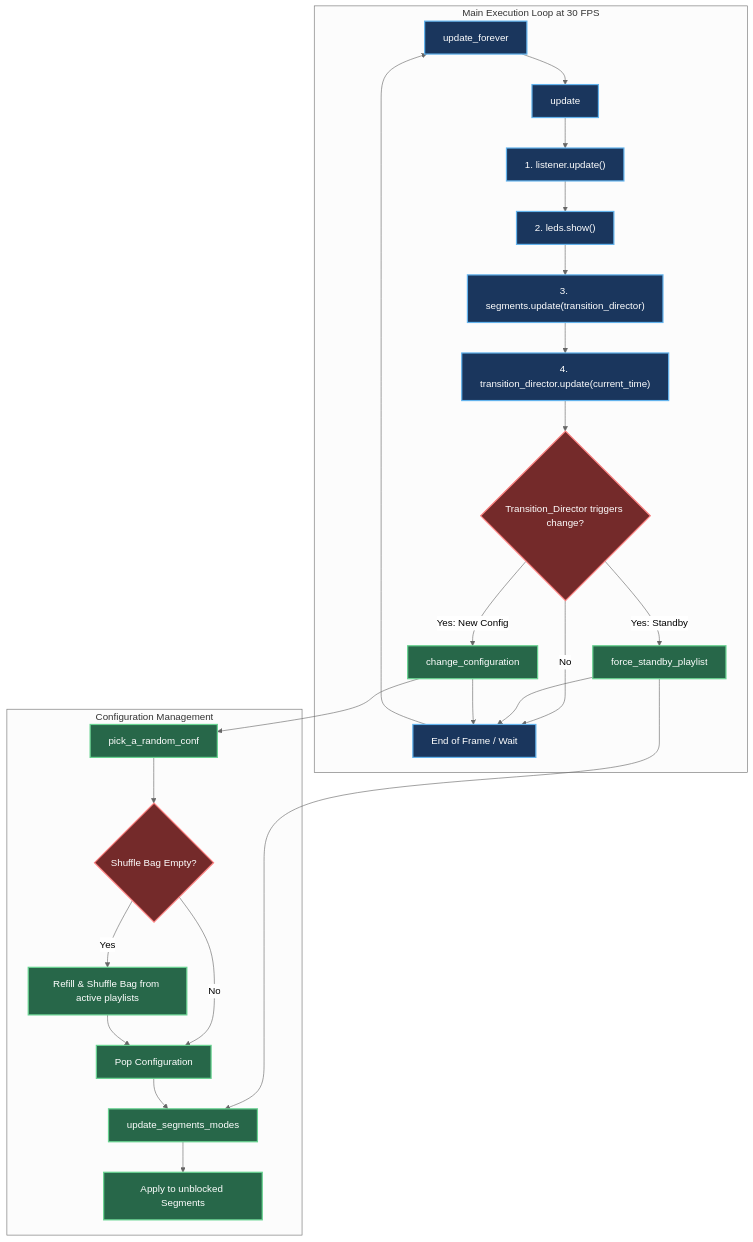
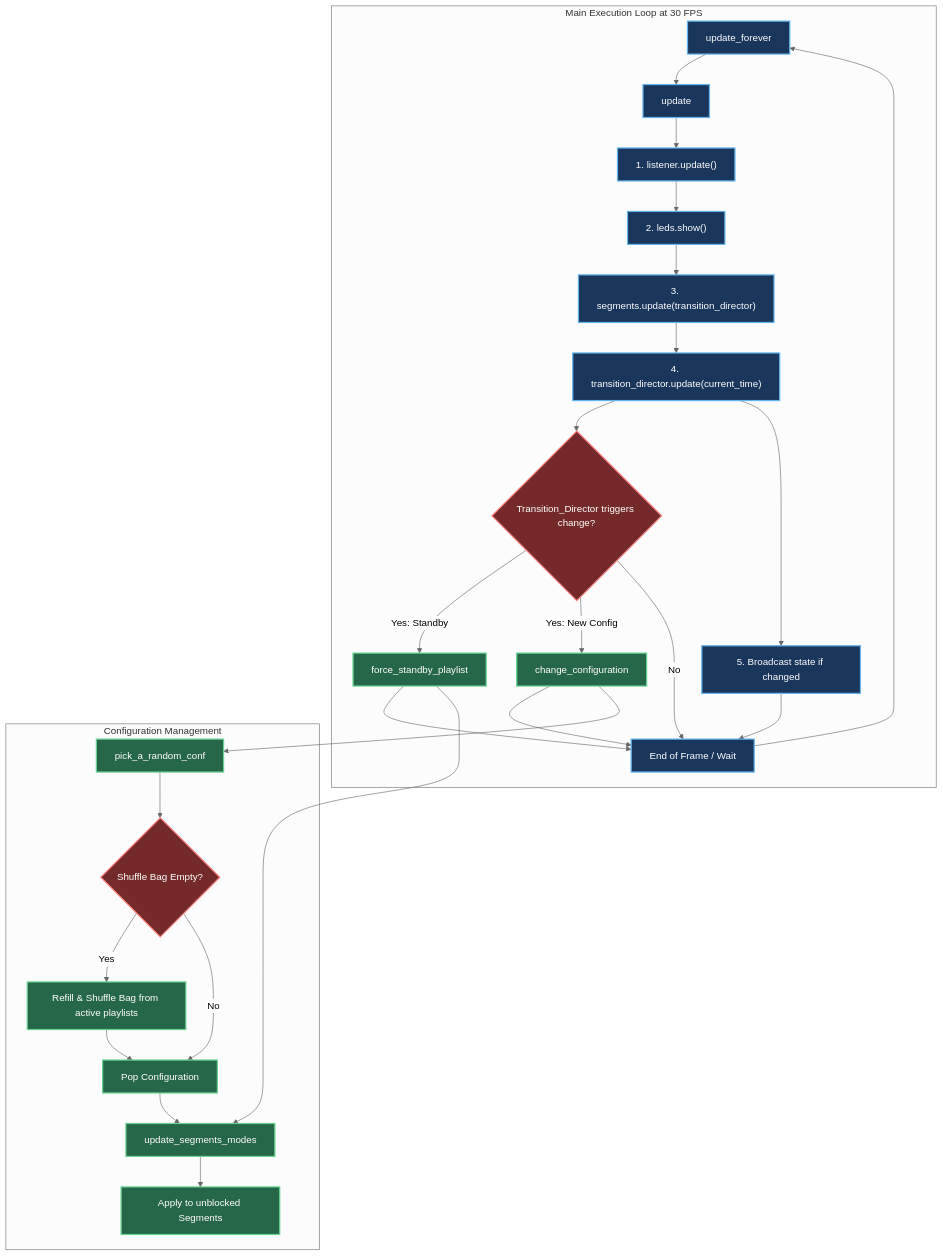
One commit to LucRobey/vialactee changed the second of 3 diagrams in core/precisions/mode_master.md. Above: the diagram before and after it, drawn with Mermaid (neutral theme). The commit also changed other lines of this file and 19 other files, not shown here.

````diff
--- a/core/precisions/mode_master.md
+++ b/core/precisions/mode_master.md
@@ -29,53 +29,56 @@
 ```mermaid
 graph TD
     classDef loop fill:#1a365d,stroke:#63b3ed,stroke-width:2px,color:#fff;
     classDef decision fill:#742a2a,stroke:#fc8181,stroke-width:2px,color:#fff;
     classDef action fill:#276749,stroke:#68d391,stroke-width:2px,color:#fff;
 
     subgraph main_loop [Main Execution Loop at 30 FPS]
         F[update_forever]:::loop
         G[update]:::loop
         H["1. listener.update()"]:::loop
         I["2. leds.show()"]:::loop
         J["3. segments.update(transition_director)"]:::loop
         K["4. transition_director.update(current_time)"]:::loop
+        BCAST["5. Broadcast state if changed"]:::loop
         L{"Transition_Director triggers change?"}:::decision
         M[force_standby_playlist]:::action
         N[change_configuration]:::action
         P[End of Frame / Wait]:::loop
         
         F --> G
         G --> H
         H --> I
         I --> J
         J --> K
         K --> L
+        K --> BCAST
         
         L -->|Yes: Standby| M
         L -->|Yes: New Config| N
         L -->|No| P
         
         M --> P
         N --> P
+        BCAST --> P
         P --> F
     end
 
     subgraph config_management [Configuration Management]
         Q[pick_a_random_conf]:::action
         R{"Shuffle Bag Empty?"}:::decision
         S["Refill & Shuffle Bag from active playlists"]:::action
         T[Pop Configuration]:::action
         U[update_segments_modes]:::action
         V[Apply to unblocked Segments]:::action
         
         N --> Q
         M --> U
         
         Q --> R
         R -->|Yes| S
         R -->|No| T
         S --> T
         T --> U
         U --> V
     end
 ```
````
